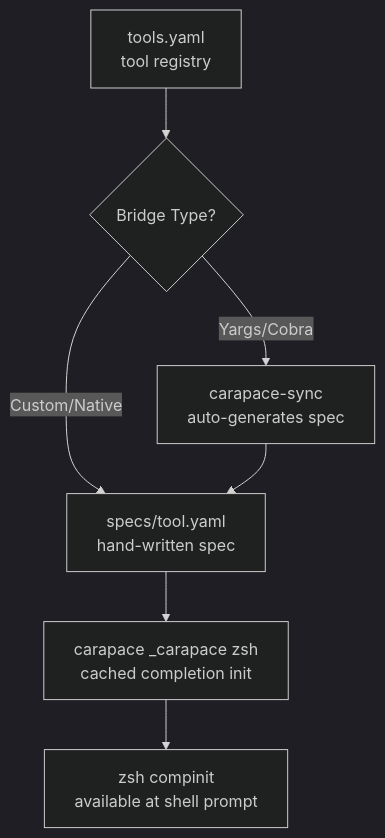
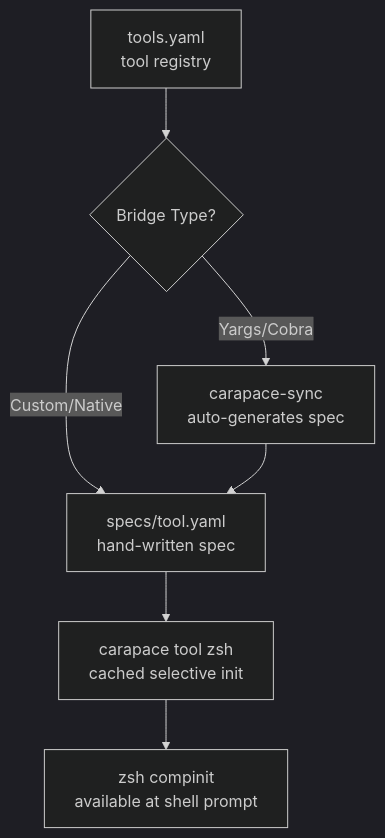
One commit to mbastakis/dotfiles changed the diagram in docs/components/carapace.md. Above: the diagram before and after it, drawn with Mermaid (dark theme). The commit also changed other lines of this file and 4 other files, not shown here.

Commit message:
fix(zsh): keep completions fast with selective Carapace loading

````diff
--- a/docs/components/carapace.md
+++ b/docs/components/carapace.md
@@ -11,9 +11,9 @@
 ```mermaid
 flowchart TD
   A[tools.yaml<br/>tool registry] --> B{Bridge Type?}
   B -->|Custom/Native| C[specs/tool.yaml<br/>hand-written spec]
   B -->|Yargs/Cobra| D[carapace-sync<br/>auto-generates spec]
   D --> C
-  C --> E[carapace _carapace zsh<br/>cached completion init]
+  C --> E[carapace tool zsh<br/>cached selective init]
   E --> F[zsh compinit<br/>available at shell prompt]
 ```
````
